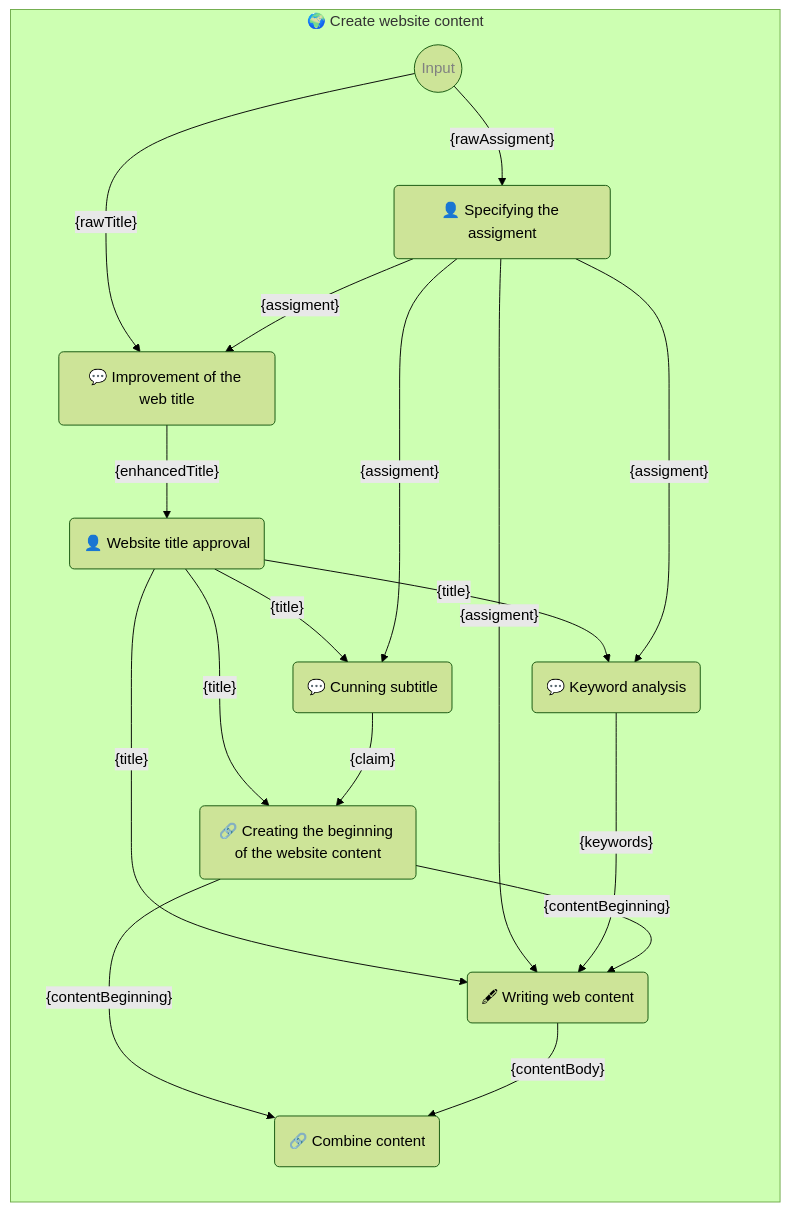
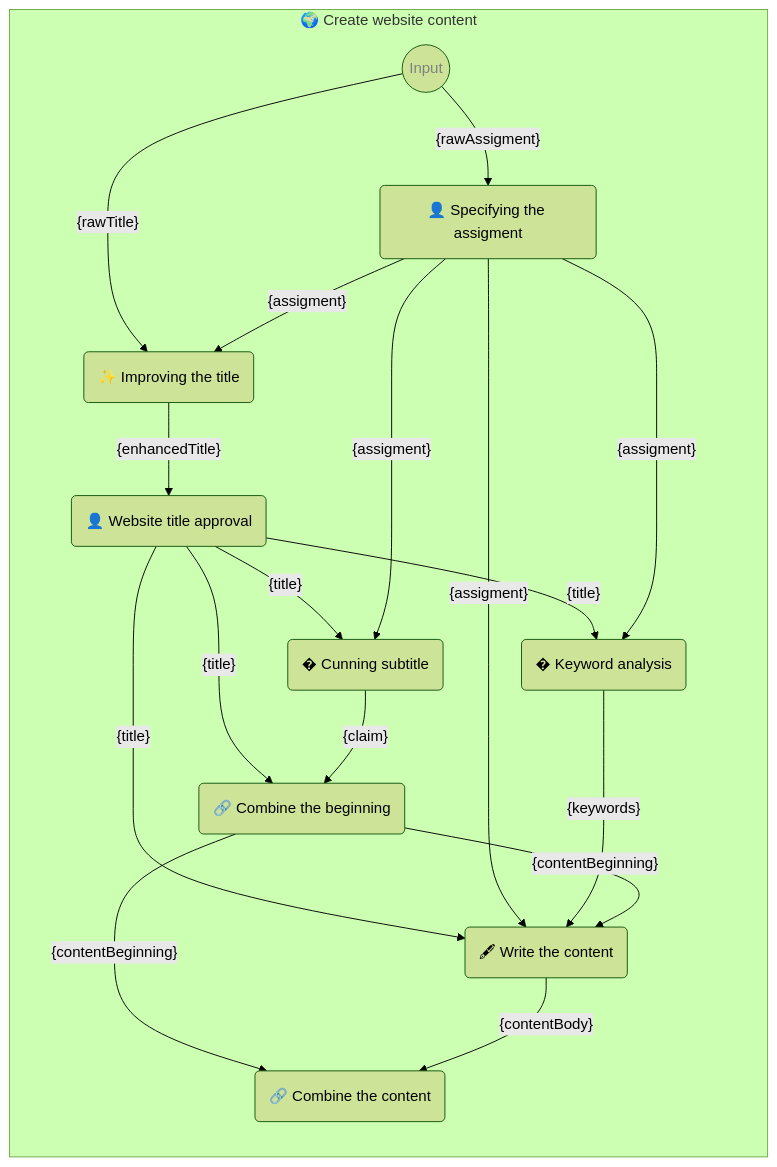
Before and after one commit to webgptorg/promptbook: the diagram in README.md, drawn with Mermaid (forest theme). The commit also changed other lines of this file and 1 other file, not shown here.

Commit message:
Better segment names for sample

````diff
--- a/README.md
+++ b/README.md
@@ -232,38 +232,38 @@
 ```mermaid
 %% 🔮 Tip: Open this on GitHub or in the VSCode website to see the Mermaid graph visually
 
 flowchart LR
   subgraph "🌍 Create website content"
 
       direction TB
 
       input((Input)):::input
       templateSpecifyingTheAssigment(👤 Specifying the assigment)
       input--"{rawAssigment}"-->templateSpecifyingTheAssigment
-      templateImprovementOfTheWebTitle(💬 Improvement of the web title)
+      templateImprovementOfTheWebTitle(✨ Improving the title)
       input--"{rawTitle}"-->templateImprovementOfTheWebTitle
       templateSpecifyingTheAssigment--"{assigment}"-->templateImprovementOfTheWebTitle
       templateWebsiteTitleApproval(👤 Website title approval)
       templateImprovementOfTheWebTitle--"{enhancedTitle}"-->templateWebsiteTitleApproval
-      templateCunningSubtitle(💬 Cunning subtitle)
+      templateCunningSubtitle(� Cunning subtitle)
       templateWebsiteTitleApproval--"{title}"-->templateCunningSubtitle
       templateSpecifyingTheAssigment--"{assigment}"-->templateCunningSubtitle
-      templateKeywordAnalysis(💬 Keyword analysis)
+      templateKeywordAnalysis(� Keyword analysis)
       templateWebsiteTitleApproval--"{title}"-->templateKeywordAnalysis
       templateSpecifyingTheAssigment--"{assigment}"-->templateKeywordAnalysis
-      templateCreatingTheBeginningOfTheWebsiteContent(🔗 Creating the beginning of the website content)
+      templateCreatingTheBeginningOfTheWebsiteContent(🔗 Combine the beginning)
       templateWebsiteTitleApproval--"{title}"-->templateCreatingTheBeginningOfTheWebsiteContent
       templateCunningSubtitle--"{claim}"-->templateCreatingTheBeginningOfTheWebsiteContent
-      templateWritingWebContent(🖋 Writing web content)
+      templateWritingWebContent(🖋 Write the content)
       templateWebsiteTitleApproval--"{title}"-->templateWritingWebContent
       templateSpecifyingTheAssigment--"{assigment}"-->templateWritingWebContent
       templateKeywordAnalysis--"{keywords}"-->templateWritingWebContent
       templateCreatingTheBeginningOfTheWebsiteContent--"{contentBeginning}"-->templateWritingWebContent
-      templateCombineContent(🔗 Combine content)
+      templateCombineContent(🔗 Combine the content)
       templateCreatingTheBeginningOfTheWebsiteContent--"{contentBeginning}"-->templateCombineContent
       templateWritingWebContent--"{contentBody}"-->templateCombineContent
 
       classDef input color: grey;
 
   end;
 ```
````
